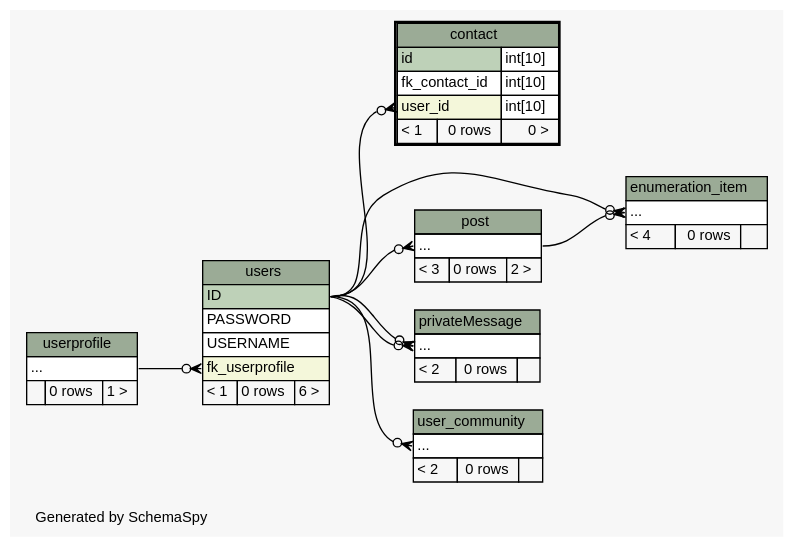
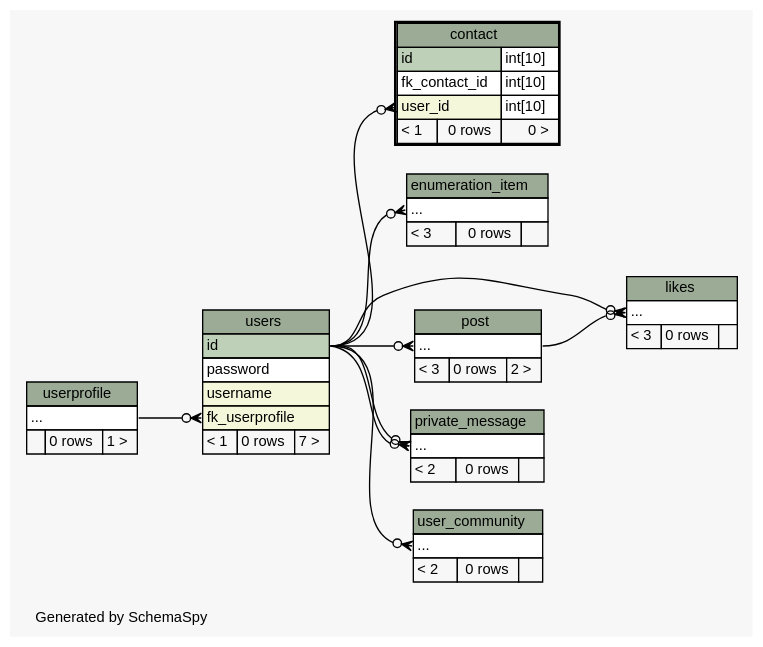
One commit to chr-krenn/chr-krenn-fhj-ws2017-sd17-pse changed the diagram in doc/db_schema/diagrams/contact.2degrees.dot. Above: the diagram before and after it, drawn with Graphviz. The commit also changed 65 other files, not shown here.

```diff
--- a/doc/db_schema/diagrams/contact.2degrees.dot
+++ b/doc/db_schema/diagrams/contact.2degrees.dot
@@ -1,105 +1,116 @@
 // dot 2.40.1 on Linux 4.12.5-300.fc26.x86_64
 // SchemaSpy rev 590
 digraph "twoDegreesRelationshipsDiagram" {
   graph [
     rankdir="RL"
     bgcolor="#f7f7f7"
     label="\nGenerated by SchemaSpy"
     labeljust="l"
     nodesep="0.18"
     ranksep="0.46"
     fontname="Helvetica"
     fontsize="11"
   ];
   node [
     fontname="Helvetica"
     fontsize="11"
     shape="plaintext"
   ];
   edge [
     arrowsize="0.8"
   ];
-  "contact":"user_id":w -> "users":"ID":e [arrowhead=none dir=back arrowtail=crowodot];
-  "enumeration_item":"elipses":w -> "post":"elipses":e [arrowhead=none dir=back arrowtail=crowodot];
-  "enumeration_item":"elipses":w -> "users":"ID":e [arrowhead=none dir=back arrowtail=crowodot];
-  "post":"elipses":w -> "users":"ID":e [arrowhead=none dir=back arrowtail=crowodot];
-  "privateMessage":"elipses":w -> "users":"ID":e [arrowhead=none dir=back arrowtail=crowodot];
-  "privateMessage":"elipses":w -> "users":"ID":e [arrowhead=none dir=back arrowtail=crowodot];
-  "user_community":"elipses":w -> "users":"ID":e [arrowhead=none dir=back arrowtail=crowodot];
+  "contact":"user_id":w -> "users":"id":e [arrowhead=none dir=back arrowtail=crowodot];
+  "enumeration_item":"elipses":w -> "users":"id":e [arrowhead=none dir=back arrowtail=crowodot];
+  "likes":"elipses":w -> "post":"elipses":e [arrowhead=none dir=back arrowtail=crowodot];
+  "likes":"elipses":w -> "users":"id":e [arrowhead=none dir=back arrowtail=crowodot];
+  "post":"elipses":w -> "users":"id":e [arrowhead=none dir=back arrowtail=crowodot];
+  "private_message":"elipses":w -> "users":"id":e [arrowhead=none dir=back arrowtail=crowodot];
+  "private_message":"elipses":w -> "users":"id":e [arrowhead=none dir=back arrowtail=crowodot];
+  "user_community":"elipses":w -> "users":"id":e [arrowhead=none dir=back arrowtail=crowodot];
   "users":"fk_userprofile":w -> "userprofile":"elipses":e [arrowhead=none dir=back arrowtail=crowodot];
   "contact" [
     label=<
     <TABLE BORDER="2" CELLBORDER="1" CELLSPACING="0" BGCOLOR="#ffffff">
       <TR><TD COLSPAN="3" BGCOLOR="#9bab96" ALIGN="CENTER">contact</TD></TR>
       <TR><TD PORT="id" COLSPAN="2" BGCOLOR="#bed1b8" ALIGN="LEFT">id</TD><TD PORT="id.type" ALIGN="LEFT">int[10]</TD></TR>
       <TR><TD PORT="fk_contact_id" COLSPAN="2" ALIGN="LEFT">fk_contact_id</TD><TD PORT="fk_contact_id.type" ALIGN="LEFT">int[10]</TD></TR>
       <TR><TD PORT="user_id" COLSPAN="2" BGCOLOR="#f4f7da" ALIGN="LEFT">user_id</TD><TD PORT="user_id.type" ALIGN="LEFT">int[10]</TD></TR>
       <TR><TD ALIGN="LEFT" BGCOLOR="#f7f7f7">&lt; 1</TD><TD ALIGN="RIGHT" BGCOLOR="#f7f7f7">0 rows</TD><TD ALIGN="RIGHT" BGCOLOR="#f7f7f7">0 &gt;</TD></TR>
     </TABLE>>
     URL="contact.html"
     tooltip="contact"
   ];
   "enumeration_item" [
     label=<
     <TABLE BORDER="0" CELLBORDER="1" CELLSPACING="0" BGCOLOR="#ffffff">
       <TR><TD COLSPAN="3" BGCOLOR="#9bab96" ALIGN="CENTER">enumeration_item</TD></TR>
       <TR><TD PORT="elipses" COLSPAN="3" ALIGN="LEFT">...</TD></TR>
-      <TR><TD ALIGN="LEFT" BGCOLOR="#f7f7f7">&lt; 4</TD><TD ALIGN="RIGHT" BGCOLOR="#f7f7f7">0 rows</TD><TD ALIGN="RIGHT" BGCOLOR="#f7f7f7">  </TD></TR>
+      <TR><TD ALIGN="LEFT" BGCOLOR="#f7f7f7">&lt; 3</TD><TD ALIGN="RIGHT" BGCOLOR="#f7f7f7">0 rows</TD><TD ALIGN="RIGHT" BGCOLOR="#f7f7f7">  </TD></TR>
     </TABLE>>
     URL="enumeration_item.html"
     tooltip="enumeration_item"
+  ];
+  "likes" [
+    label=<
+    <TABLE BORDER="0" CELLBORDER="1" CELLSPACING="0" BGCOLOR="#ffffff">
+      <TR><TD COLSPAN="3" BGCOLOR="#9bab96" ALIGN="CENTER">likes</TD></TR>
+      <TR><TD PORT="elipses" COLSPAN="3" ALIGN="LEFT">...</TD></TR>
+      <TR><TD ALIGN="LEFT" BGCOLOR="#f7f7f7">&lt; 3</TD><TD ALIGN="RIGHT" BGCOLOR="#f7f7f7">0 rows</TD><TD ALIGN="RIGHT" BGCOLOR="#f7f7f7">  </TD></TR>
+    </TABLE>>
+    URL="likes.html"
+    tooltip="likes"
   ];
   "post" [
     label=<
     <TABLE BORDER="0" CELLBORDER="1" CELLSPACING="0" BGCOLOR="#ffffff">
       <TR><TD COLSPAN="3" BGCOLOR="#9bab96" ALIGN="CENTER">post</TD></TR>
       <TR><TD PORT="elipses" COLSPAN="3" ALIGN="LEFT">...</TD></TR>
       <TR><TD ALIGN="LEFT" BGCOLOR="#f7f7f7">&lt; 3</TD><TD ALIGN="RIGHT" BGCOLOR="#f7f7f7">0 rows</TD><TD ALIGN="RIGHT" BGCOLOR="#f7f7f7">2 &gt;</TD></TR>
     </TABLE>>
     URL="post.html"
     tooltip="post"
   ];
-  "privateMessage" [
+  "private_message" [
     label=<
     <TABLE BORDER="0" CELLBORDER="1" CELLSPACING="0" BGCOLOR="#ffffff">
-      <TR><TD COLSPAN="3" BGCOLOR="#9bab96" ALIGN="CENTER">privateMessage</TD></TR>
+      <TR><TD COLSPAN="3" BGCOLOR="#9bab96" ALIGN="CENTER">private_message</TD></TR>
       <TR><TD PORT="elipses" COLSPAN="3" ALIGN="LEFT">...</TD></TR>
       <TR><TD ALIGN="LEFT" BGCOLOR="#f7f7f7">&lt; 2</TD><TD ALIGN="RIGHT" BGCOLOR="#f7f7f7">0 rows</TD><TD ALIGN="RIGHT" BGCOLOR="#f7f7f7">  </TD></TR>
     </TABLE>>
-    URL="privateMessage.html"
-    tooltip="privateMessage"
+    URL="private_message.html"
+    tooltip="private_message"
   ];
   "user_community" [
     label=<
     <TABLE BORDER="0" CELLBORDER="1" CELLSPACING="0" BGCOLOR="#ffffff">
       <TR><TD COLSPAN="3" BGCOLOR="#9bab96" ALIGN="CENTER">user_community</TD></TR>
       <TR><TD PORT="elipses" COLSPAN="3" ALIGN="LEFT">...</TD></TR>
       <TR><TD ALIGN="LEFT" BGCOLOR="#f7f7f7">&lt; 2</TD><TD ALIGN="RIGHT" BGCOLOR="#f7f7f7">0 rows</TD><TD ALIGN="RIGHT" BGCOLOR="#f7f7f7">  </TD></TR>
     </TABLE>>
     URL="user_community.html"
     tooltip="user_community"
   ];
   "userprofile" [
     label=<
     <TABLE BORDER="0" CELLBORDER="1" CELLSPACING="0" BGCOLOR="#ffffff">
       <TR><TD COLSPAN="3" BGCOLOR="#9bab96" ALIGN="CENTER">userprofile</TD></TR>
       <TR><TD PORT="elipses" COLSPAN="3" ALIGN="LEFT">...</TD></TR>
       <TR><TD ALIGN="LEFT" BGCOLOR="#f7f7f7">  </TD><TD ALIGN="RIGHT" BGCOLOR="#f7f7f7">0 rows</TD><TD ALIGN="RIGHT" BGCOLOR="#f7f7f7">1 &gt;</TD></TR>
     </TABLE>>
     URL="userprofile.html"
     tooltip="userprofile"
   ];
   "users" [
     label=<
     <TABLE BORDER="0" CELLBORDER="1" CELLSPACING="0" BGCOLOR="#ffffff">
       <TR><TD COLSPAN="3" BGCOLOR="#9bab96" ALIGN="CENTER">users</TD></TR>
-      <TR><TD PORT="ID" COLSPAN="3" BGCOLOR="#bed1b8" ALIGN="LEFT">ID</TD></TR>
-      <TR><TD PORT="PASSWORD" COLSPAN="3" ALIGN="LEFT">PASSWORD</TD></TR>
-      <TR><TD PORT="USERNAME" COLSPAN="3" ALIGN="LEFT">USERNAME</TD></TR>
+      <TR><TD PORT="id" COLSPAN="3" BGCOLOR="#bed1b8" ALIGN="LEFT">id</TD></TR>
+      <TR><TD PORT="password" COLSPAN="3" ALIGN="LEFT">password</TD></TR>
+      <TR><TD PORT="username" COLSPAN="3" BGCOLOR="#f4f7da" ALIGN="LEFT">username</TD></TR>
       <TR><TD PORT="fk_userprofile" COLSPAN="3" BGCOLOR="#f4f7da" ALIGN="LEFT">fk_userprofile</TD></TR>
-      <TR><TD ALIGN="LEFT" BGCOLOR="#f7f7f7">&lt; 1</TD><TD ALIGN="RIGHT" BGCOLOR="#f7f7f7">0 rows</TD><TD ALIGN="RIGHT" BGCOLOR="#f7f7f7">6 &gt;</TD></TR>
+      <TR><TD ALIGN="LEFT" BGCOLOR="#f7f7f7">&lt; 1</TD><TD ALIGN="RIGHT" BGCOLOR="#f7f7f7">0 rows</TD><TD ALIGN="RIGHT" BGCOLOR="#f7f7f7">7 &gt;</TD></TR>
     </TABLE>>
     URL="users.html"
     tooltip="users"
   ];
 }
```
